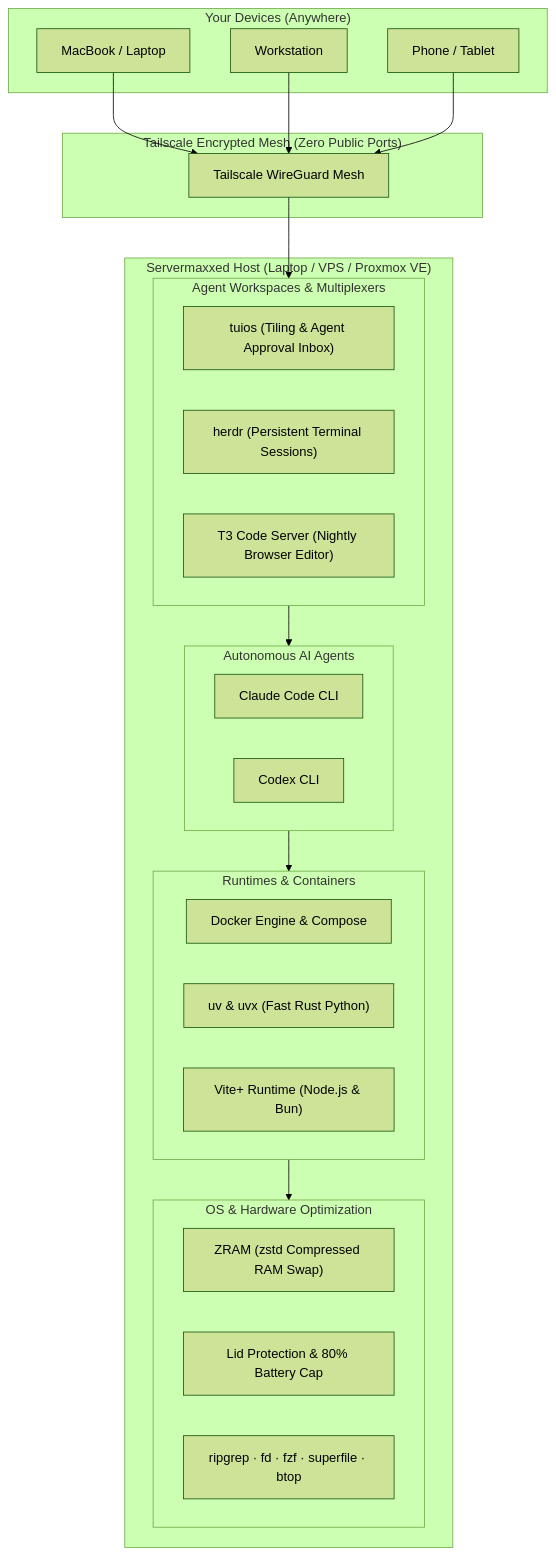
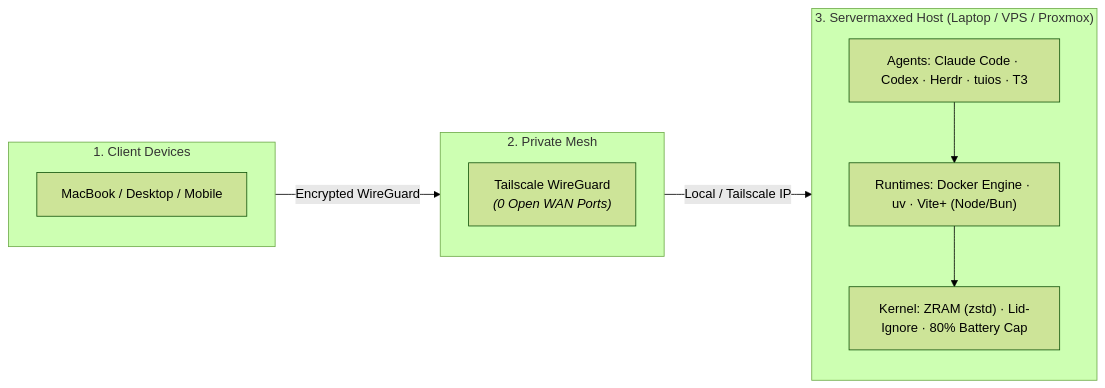
One commit to kshanxs/agent-server-setup changed the diagram in README.md. Above: the diagram before and after it, drawn with Mermaid (forest theme). The commit also changed other lines of this file, not shown here.

Commit message:
docs: update agent launch commands and simplify system architecture mermaid diagram in README

````diff
--- a/README.md
+++ b/README.md
@@ -121,43 +127,24 @@
 ```mermaid
-flowchart TD
-    subgraph Clients["Your Devices (Anywhere)"]
-        MAC["MacBook / Laptop"]
-        DESK["Workstation"]
-        PHONE["Phone / Tablet"]
+flowchart LR
+    subgraph Clients["1. Client Devices"]
+        direction TB
+        C1["MacBook / Desktop / Mobile"]
     end
 
-    subgraph Network["Tailscale Encrypted Mesh (Zero Public Ports)"]
-        TS["Tailscale WireGuard Mesh"]
+    subgraph Mesh["2. Private Mesh"]
+        direction TB
+        TS["Tailscale WireGuard<br/><i>(0 Open WAN Ports)</i>"]
     end
 
-    subgraph Server["Servermaxxed Host (Laptop / VPS / Proxmox VE)"]
-        subgraph Orchestration["Agent Workspaces & Multiplexers"]
-            TUI["tuios (Tiling & Agent Approval Inbox)"]
-            HERDR["herdr (Persistent Terminal Sessions)"]
-            T3["T3 Code Server (Nightly Browser Editor)"]
-        end
-
-        subgraph Agents["Autonomous AI Agents"]
-            CLAUDE["Claude Code CLI"]
-            CODEX["Codex CLI"]
-        end
-
-        subgraph Engine["Runtimes & Containers"]
-            DOCKER["Docker Engine & Compose"]
-            UV["uv & uvx (Fast Rust Python)"]
-            VP["Vite+ Runtime (Node.js & Bun)"]
-        end
-
-        subgraph Kernel["OS & Hardware Optimization"]
-            ZRAM["ZRAM (zstd Compressed RAM Swap)"]
-            LID["Lid Protection & 80% Battery Cap"]
-            CLI["ripgrep · fd · fzf · superfile · btop"]
-        end
+    subgraph Host["3. Servermaxxed Host (Laptop / VPS / Proxmox)"]
+        direction TB
+        AGENTS["Agents: Claude Code · Codex · Herdr · tuios · T3"]
+        STACK["Runtimes: Docker Engine · uv · Vite+ (Node/Bun)"]
+        KERNEL["Kernel: ZRAM (zstd) · Lid-Ignore · 80% Battery Cap"]
+        
+        AGENTS --> STACK --> KERNEL
     end
 
-    MAC & DESK & PHONE --> TS
-    TS --> Orchestration
-    Orchestration --> Agents
-    Agents --> Engine
-    Engine --> Kernel
+    Clients -->|Encrypted WireGuard| Mesh
+    Mesh -->|Local / Tailscale IP| Host
 ```
````
